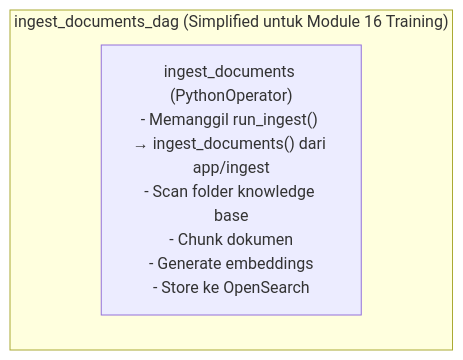
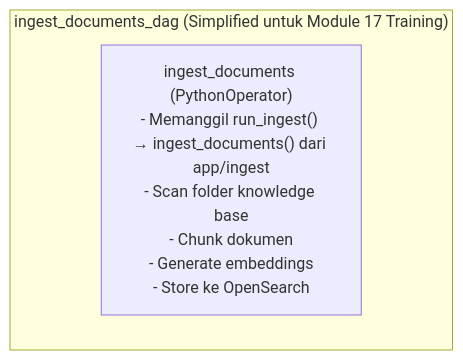
Before and after one commit to githubna-ilham/nala_ai: the third of 3 diagrams in Module-17-Airflow-Ingest-Pipeline/materi.md, drawn with Mermaid. The commit also changed other lines of this file and 2 other files, not shown here.

Commit message:
Module 15-17 (dulu 14-16): perbaiki H1 title dan semua cross-reference nomor modul setelah pemisahan Module 12/13

````diff
--- a/Module-17-Airflow-Ingest-Pipeline/materi.md
+++ b/Module-17-Airflow-Ingest-Pipeline/materi.md
@@ -116,6 +116,6 @@
 ```mermaid
 flowchart TD
-    subgraph dag["ingest_documents_dag (Simplified untuk Module 16 Training)"]
+    subgraph dag["ingest_documents_dag (Simplified untuk Module 17 Training)"]
         A["ingest_documents (PythonOperator)<br/>- Memanggil run_ingest() → ingest_documents() dari app/ingest<br/>- Scan folder knowledge base<br/>- Chunk dokumen<br/>- Generate embeddings<br/>- Store ke OpenSearch"]
     end
 ```
````
